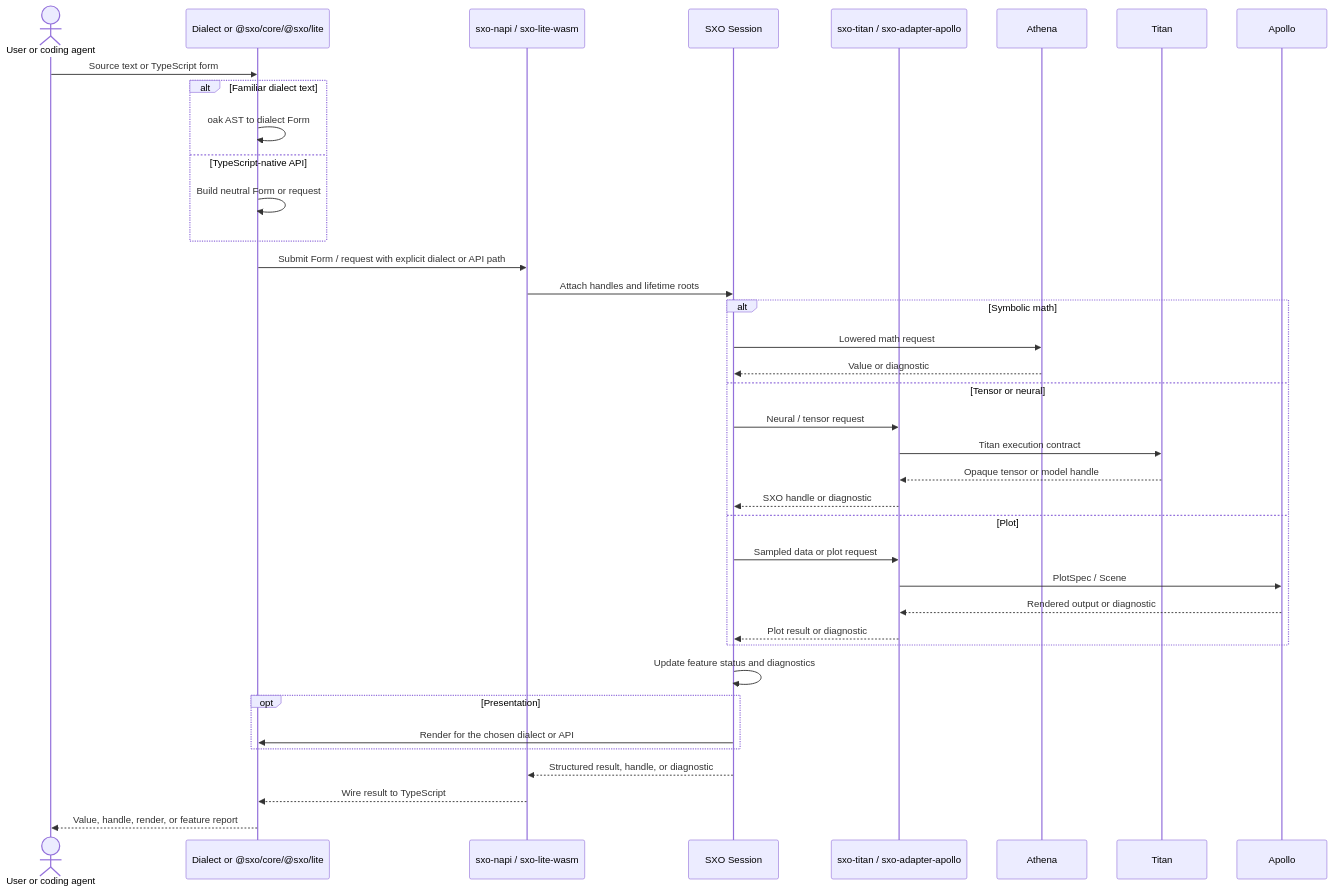
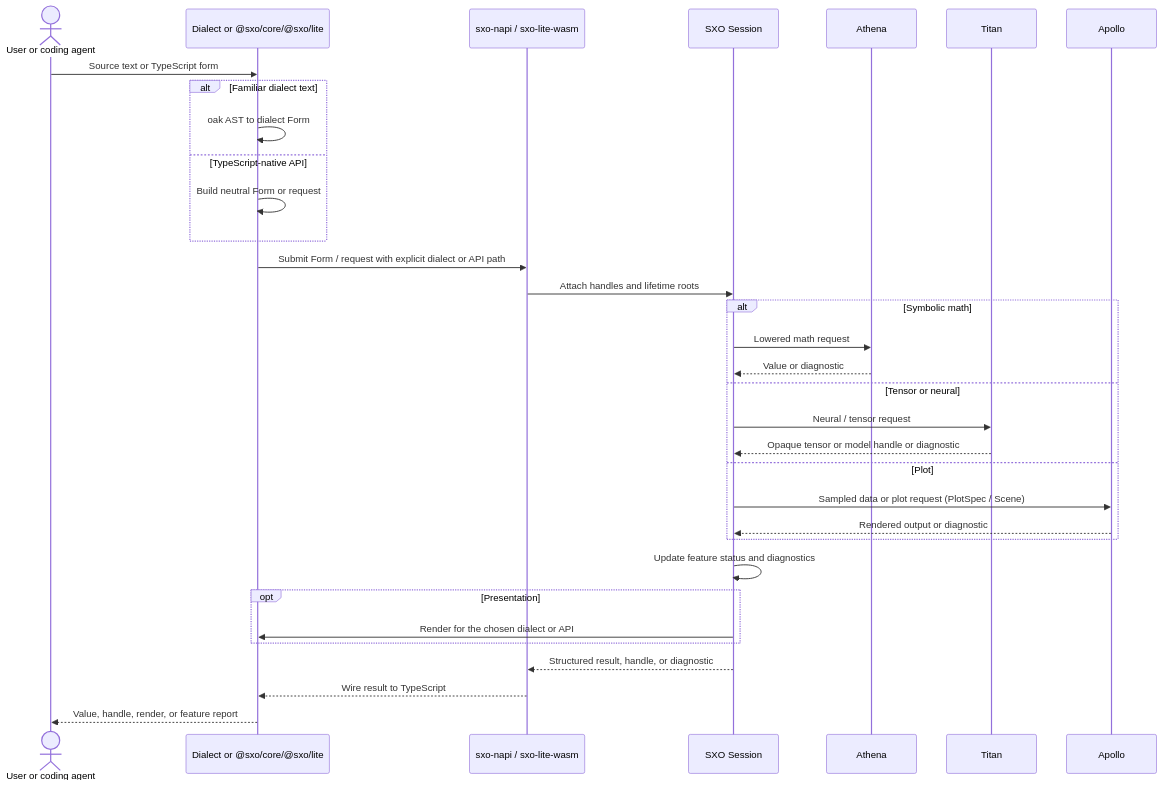
One commit to ai4waifu/sxo-framework changed the second of 2 diagrams in readme.md. Above: the diagram before and after it, drawn with Mermaid. The commit also changed other lines of this file and 12 other files, not shown here.

First line of the commit message:
🔥 Drop `sxo-adapter-apollo` and bind dialect plots straight to `science::plot`

````diff
--- a/readme.md
+++ b/readme.md
@@ -166,43 +160,38 @@
 ```mermaid
 sequenceDiagram
     actor User as User or coding agent
     participant Surface as Dialect or @sxo/core/@sxo/lite
     participant Host as sxo-napi / sxo-lite-wasm
     participant Session as SXO Session
-    participant Bridge as sxo-titan / sxo-adapter-apollo
     participant Math as Athena
     participant Tensor as Titan
     participant Plot as Apollo
 
     User->>Surface: Source text or TypeScript form
     alt Familiar dialect text
         Surface->>Surface: oak AST to dialect Form
     else TypeScript-native API
         Surface->>Surface: Build neutral Form or request
     end
     Surface->>Host: Submit Form / request with explicit dialect or API path
     Host->>Session: Attach handles and lifetime roots
 
     alt Symbolic math
         Session->>Math: Lowered math request
         Math-->>Session: Value or diagnostic
     else Tensor or neural
-        Session->>Bridge: Neural / tensor request
-        Bridge->>Tensor: Titan execution contract
-        Tensor-->>Bridge: Opaque tensor or model handle
-        Bridge-->>Session: SXO handle or diagnostic
+        Session->>Tensor: Neural / tensor request
+        Tensor-->>Session: Opaque tensor or model handle or diagnostic
     else Plot
-        Session->>Bridge: Sampled data or plot request
-        Bridge->>Plot: PlotSpec / Scene
-        Plot-->>Bridge: Rendered output or diagnostic
-        Bridge-->>Session: Plot result or diagnostic
+        Session->>Plot: Sampled data or plot request (PlotSpec / Scene)
+        Plot-->>Session: Rendered output or diagnostic
     end
 
     Session->>Session: Update feature status and diagnostics
     opt Presentation
         Session->>Surface: Render for the chosen dialect or API
     end
     Session-->>Host: Structured result, handle, or diagnostic
     Host-->>Surface: Wire result to TypeScript
     Surface-->>User: Value, handle, render, or feature report
 ```
````
